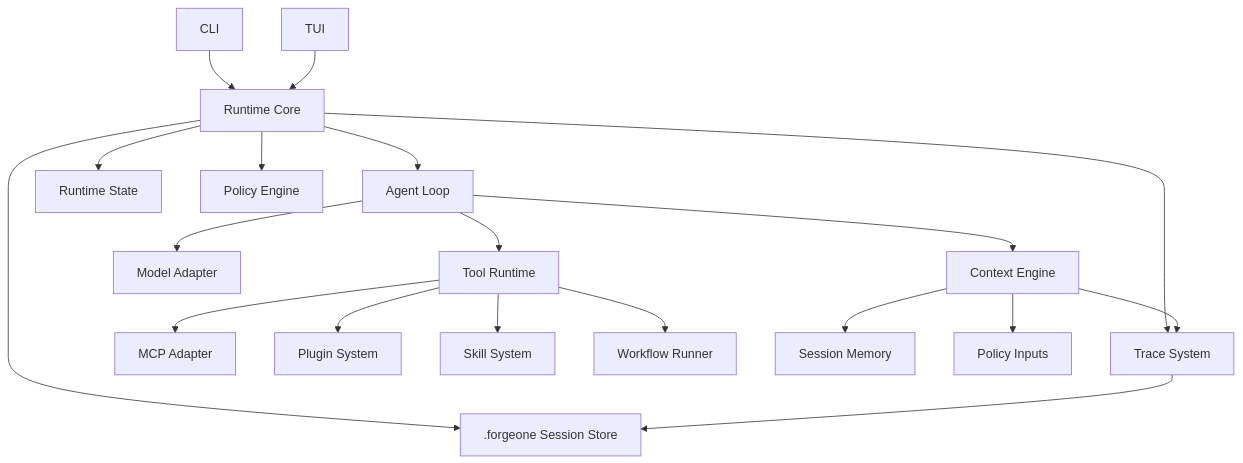
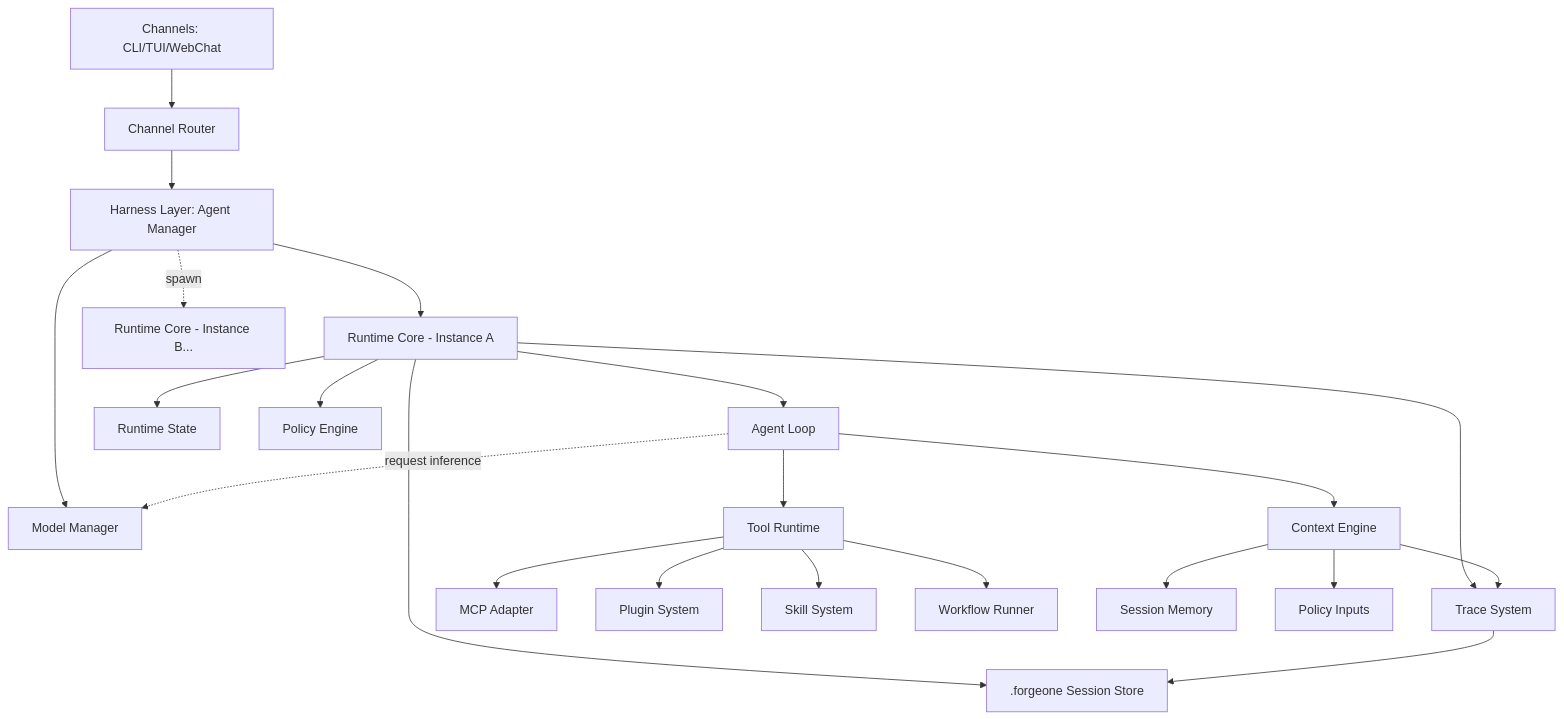
One commit to civilization-os/forgeone changed the first of 2 diagrams in docs/architecture.md. Above: the diagram before and after it, drawn with Mermaid. The commit also changed other lines of this file and 152 other files, not shown here.

````diff
--- a/docs/architecture.md
+++ b/docs/architecture.md
@@ -22,26 +22,30 @@
 ```mermaid
 flowchart TB
-    CLI[CLI] --> CORE[Runtime Core]
-    TUI[TUI] --> CORE
+    CHANNELS[Channels: CLI/TUI/WebChat] --> ROUTER[Channel Router]
+    ROUTER --> HARNESS[Harness Layer: Agent Manager]
+    
+    HARNESS --> MODELMGR[Model Manager]
+    HARNESS --> CORE[Runtime Core - Instance A]
+    HARNESS -. spawn .-> CORE_B[Runtime Core - Instance B...]
 
     CORE --> LOOP[Agent Loop]
     CORE --> STATE[Runtime State]
     CORE --> TRACE[Trace System]
     CORE --> POLICY[Policy Engine]
 
     LOOP --> CONTEXT[Context Engine]
-    LOOP --> MODEL[Model Adapter]
+    LOOP -. request inference .-> MODELMGR
     LOOP --> TOOLS[Tool Runtime]
 
     TOOLS --> MCP[MCP Adapter]
     TOOLS --> PLUGIN[Plugin System]
     TOOLS --> SKILL[Skill System]
     TOOLS --> WF[Workflow Runner]
 
     CONTEXT --> SESSION[Session Memory]
     CONTEXT --> RULES[Policy Inputs]
     CONTEXT --> TRACE
 
     CORE --> STORE[.forgeone Session Store]
     TRACE --> STORE
 ```
````
